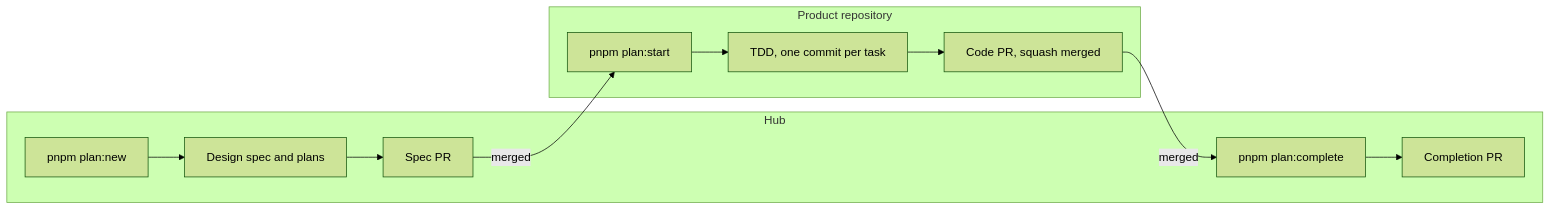
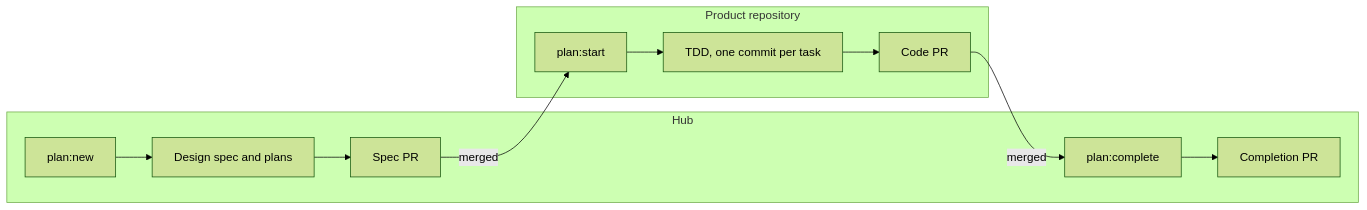
Before and after one commit to omglikeomg/sdd-lite: the diagram in README.md, drawn with Mermaid (forest theme). The commit also changed other lines of this file and 8 other files, not shown here.

````diff
--- a/README.md
+++ b/README.md
@@ -17,14 +29,14 @@
 ```mermaid
 flowchart LR
   subgraph hub[Hub]
-    new[pnpm plan:new] --> spec[Design spec and plans]
+    new[plan:new] --> spec[Design spec and plans]
     spec --> specpr[Spec PR]
-    complete[pnpm plan:complete] --> donepr[Completion PR]
+    complete[plan:complete] --> donepr[Completion PR]
   end
   subgraph repo[Product repository]
-    start[pnpm plan:start] --> tasks[TDD, one commit per task]
-    tasks --> codepr[Code PR, squash merged]
+    start[plan:start] --> tasks[TDD, one commit per task]
+    tasks --> codepr[Code PR]
   end
   specpr -- merged --> start
   codepr -- merged --> complete
 ```
````
